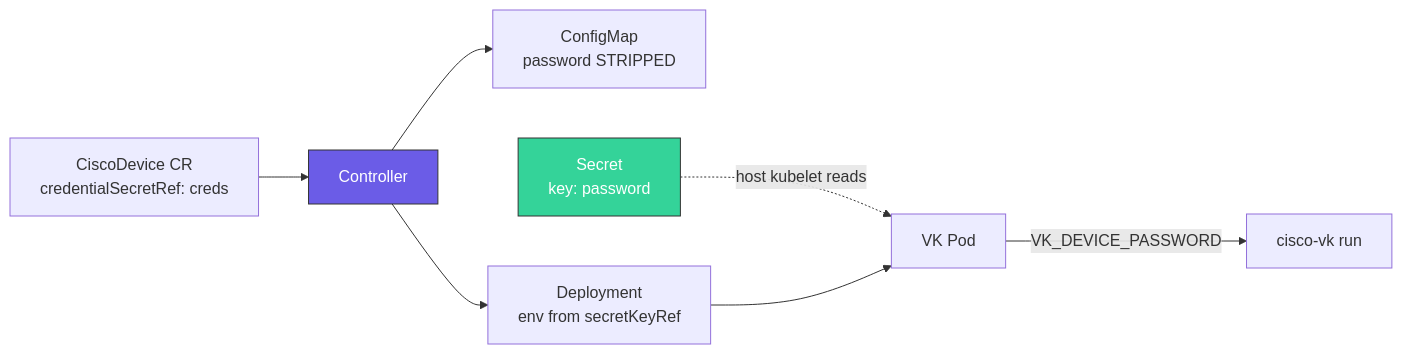
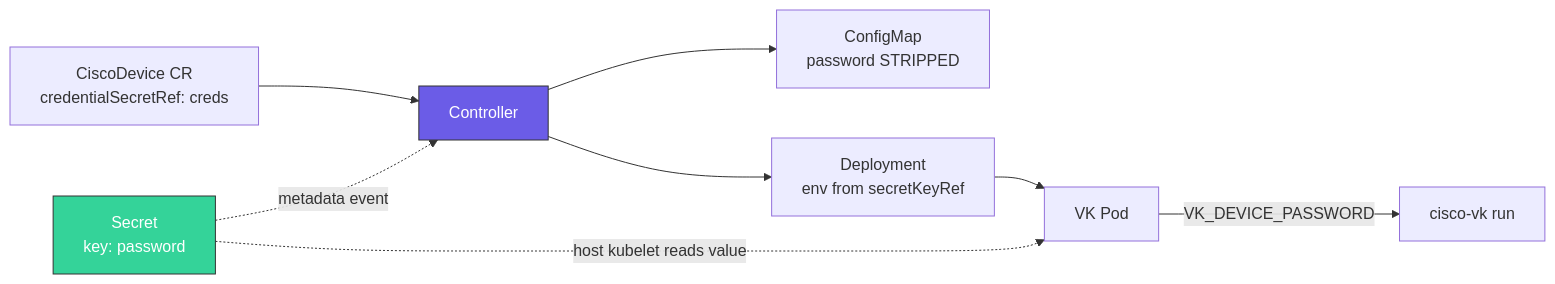
Before and after one commit to cisco-open/cisco-virtual-kubelet: the diagram in docs/security.md, drawn with Mermaid. The commit also changed other lines of this file and 130 other files, not shown here.

````diff
--- a/docs/security.md
+++ b/docs/security.md
@@ -12,12 +23,13 @@
 ```mermaid
 graph LR
     CR[CiscoDevice CR<br/>credentialSecretRef: creds] --> Ctrl[Controller]
     Ctrl --> CM[ConfigMap<br/>password STRIPPED]
     Ctrl --> Dep[Deployment<br/>env from secretKeyRef]
-    Secret[Secret<br/>key: password] -.->|host kubelet reads| Pod[VK Pod]
+    Secret[Secret<br/>key: password] -.->|metadata event| Ctrl
+    Secret -.->|host kubelet reads value| Pod[VK Pod]
     Dep --> Pod
     Pod -->|VK_DEVICE_PASSWORD| App[cisco-vk run]
 
     style Ctrl fill:#6b5ce7,stroke:#333,color:#fff
     style Secret fill:#34d399,stroke:#333,color:#fff
 ```
````
